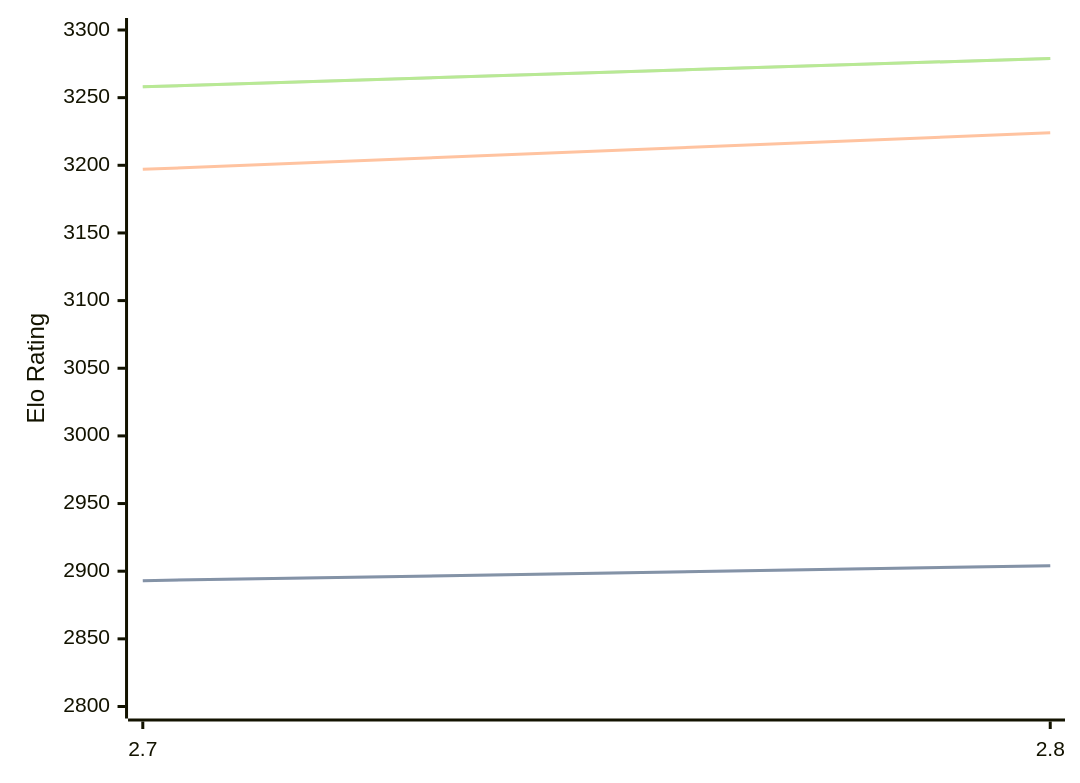
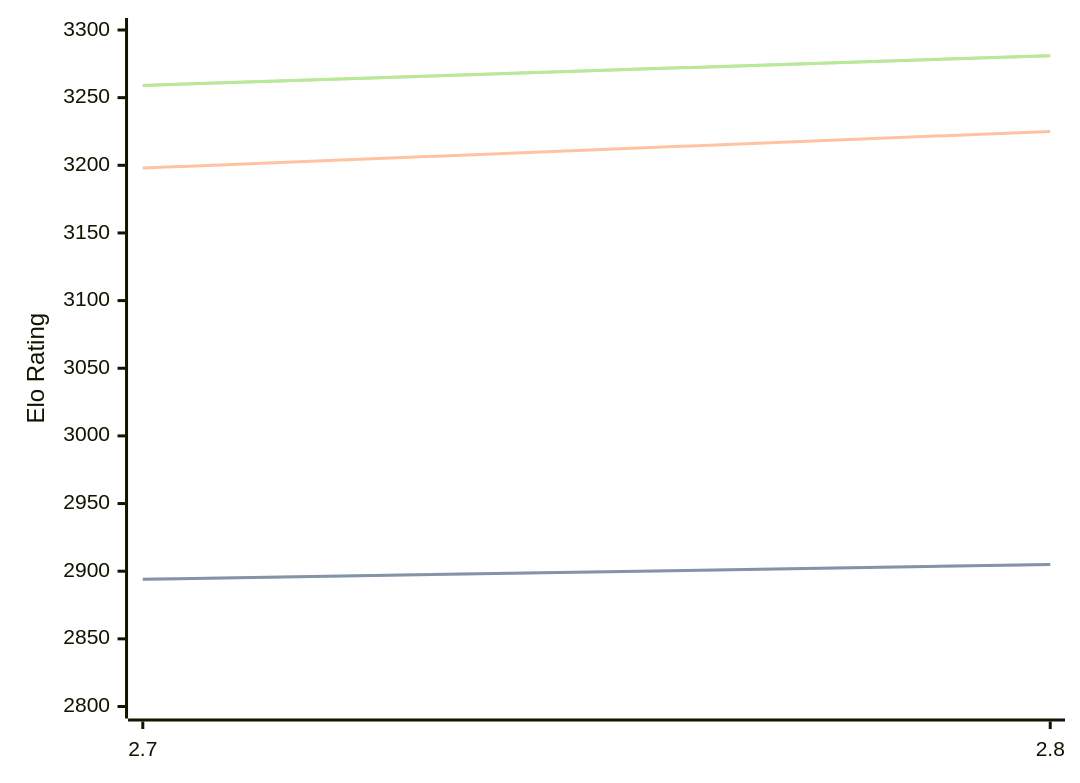
The diagram in engines/Arcanum.md (computer-chess-index/cci), drawn with Mermaid before and after one commit. The commit also changed other lines of this file, not shown here.

Commit message:
Update CCI Ratings (ELO VLTC) - 2026-08-22

````diff
--- a/engines/Arcanum.md
+++ b/engines/Arcanum.md
@@ -32,11 +32,11 @@
 ```mermaid
 %%{init: {"theme":"base","themeVariables":{"seriesColors:['#a3a3a3','#222221','#faa371']}}}%%
 xychart-beta
   x-axis ["2.7", "2.8"]
   y-axis "Elo Rating" 2800 --> 3300
-  line "STC (8.0+0.08s)" [2893, 2904]
-  line "STC (8.0+0.08s)" [2893, 2904]
-  line "LTC (60.0+0.60s)" [3197, 3224]
-  line "VLTC (2m24s+1.12s)" [3258, 3279]
-  line "VLTC (2m24s+1.12s)" [3258, 3279]
+  line "STC (8.0+0.08s)" [2894, 2905]
+  line "STC (8.0+0.08s)" [2894, 2905]
+  line "LTC (60.0+0.60s)" [3198, 3225]
+  line "VLTC (2m24s+1.12s)" [3259, 3281]
+  line "VLTC (2m24s+1.12s)" [3259, 3281]
 ```
````
